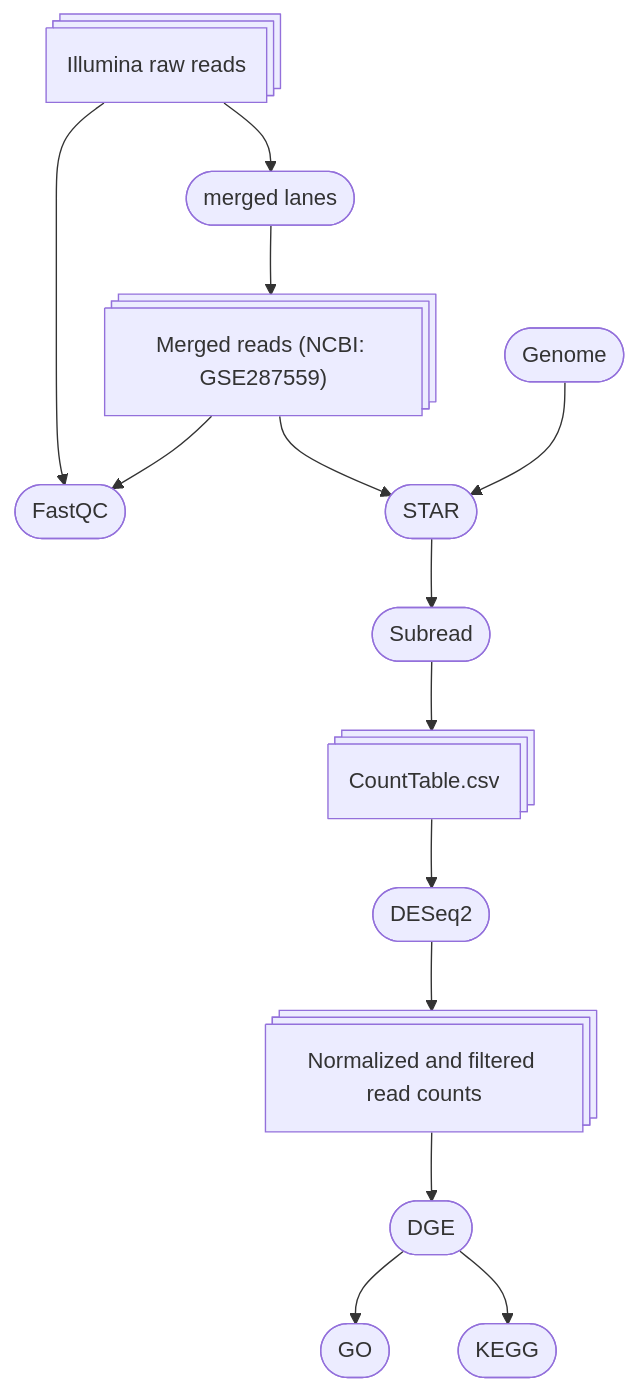
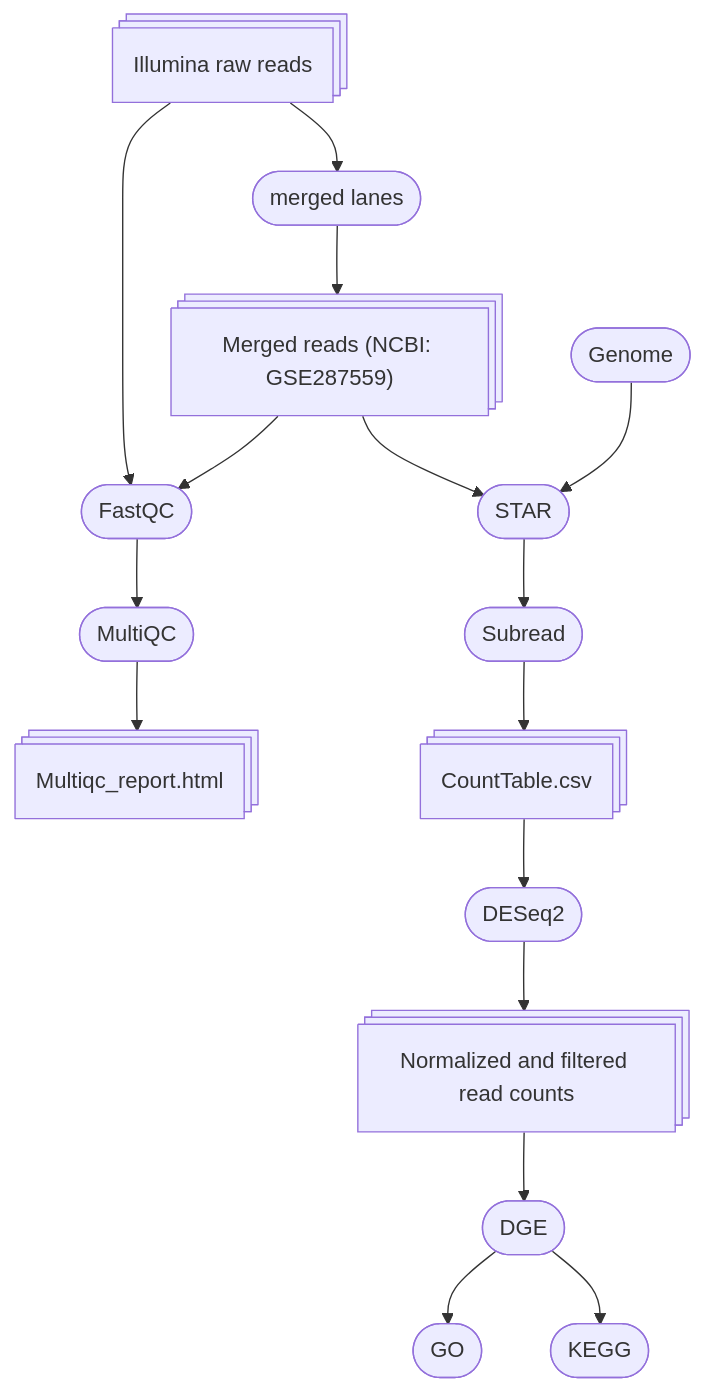
The diagram in README.md (CarolinaOrtizM/Estonia-RNAseq), drawn with Mermaid before and after one commit. The commit also changed other lines of this file, not shown here.

````diff
--- a/README.md
+++ b/README.md
@@ -38,16 +39,18 @@
 ```mermaid
 flowchart TB
     A@{shape: procs, label: "Illumina raw reads"}--> B([merged lanes]);
     A--> Fa([FastQC]);
+    Fa -->Mu([MultiQC]);
+    Mu-->L@{shape: procs, label: "Multiqc_report.html"};
     B --> C@{shape: procs, label: "Merged reads (NCBI: GSE287559)"};
     C --> Fa;
     C--> D([STAR]);
     X([Genome])-->D;
     D-->E([Subread]);
     E-->CT@{shape: procs, label: "CountTable.csv"};
     CT -->F([DESeq2]);
     F-->N@{shape: procs, label: "Normalized and filtered read counts"};
     N-->De([DGE]);
     De-->G([GO]);
     De-->H([KEGG]);    
 ```
````
